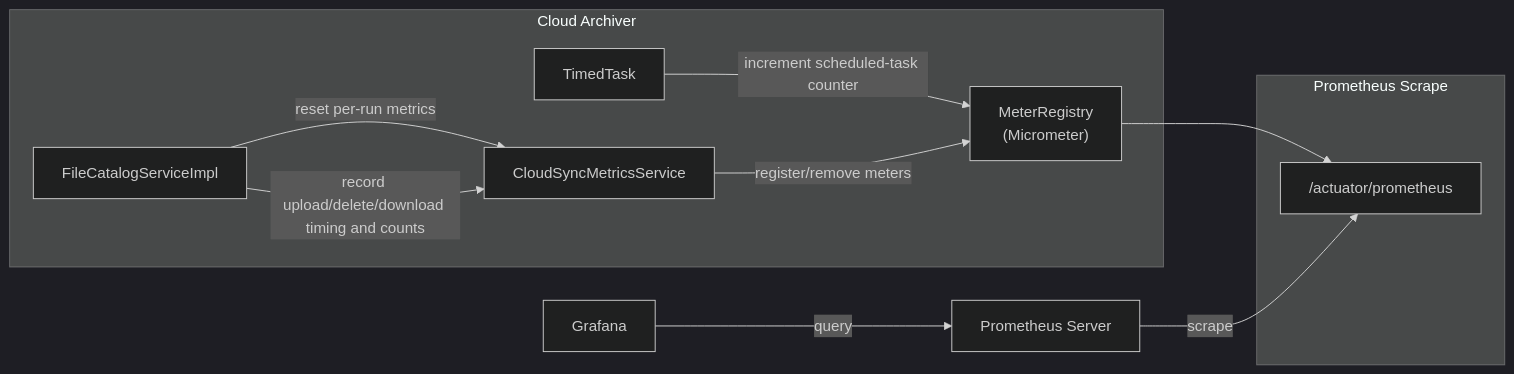
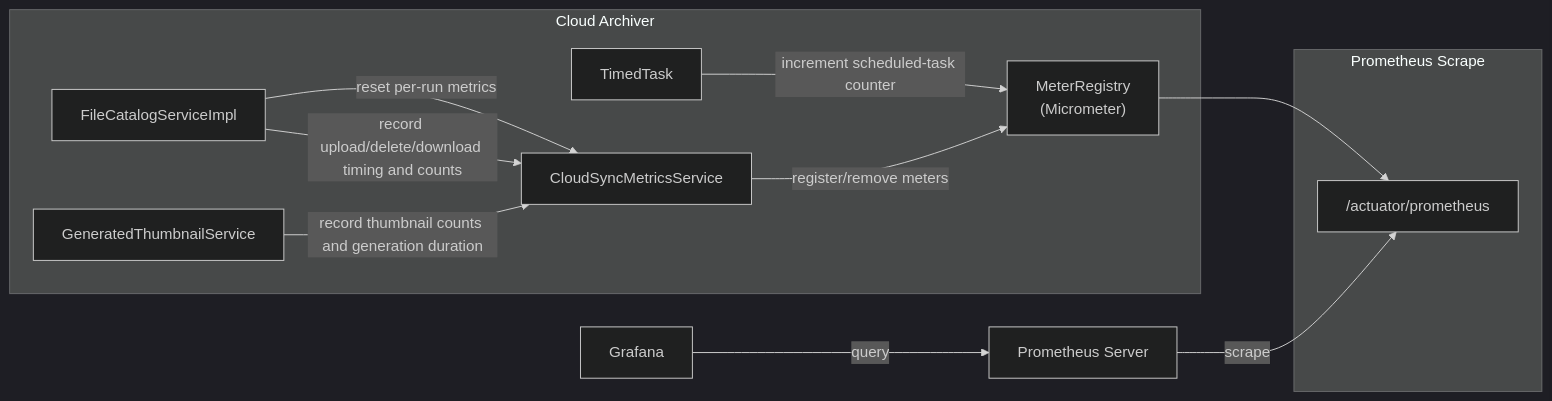
The diagram in docs/observability.md (ringuerel/cloud-archiver), drawn with Mermaid (dark theme) before and after one commit. The commit also changed other lines of this file and 6 other files, not shown here.

Commit message:
Thumbs metrics

````diff
--- a/docs/observability.md
+++ b/docs/observability.md
@@ -28,21 +32,23 @@
 ```mermaid
 flowchart LR
     subgraph App["Cloud Archiver"]
         TT["TimedTask"]
         FCS["FileCatalogServiceImpl"]
+        THUMBS["GeneratedThumbnailService"]
         METRICS["CloudSyncMetricsService"]
         REG["MeterRegistry\n(Micrometer)"]
         TT -->|"increment scheduled-task counter"| REG
         FCS -->|"reset per-run metrics"| METRICS
         FCS -->|"record upload/delete/download timing and counts"| METRICS
+        THUMBS -->|"record thumbnail counts and generation duration"| METRICS
         METRICS -->|"register/remove meters"| REG
     end
 
     subgraph Scrape["Prometheus Scrape"]
         PROM_EP["/actuator/prometheus"]
         REG --> PROM_EP
     end
 
     PROM["Prometheus Server"] -->|"scrape"| PROM_EP
     GRAFANA["Grafana"] -->|"query"| PROM
 ```
````
